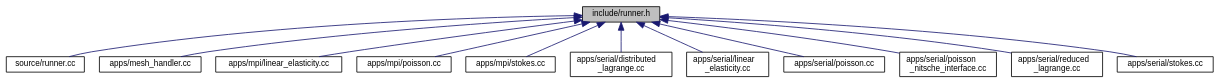
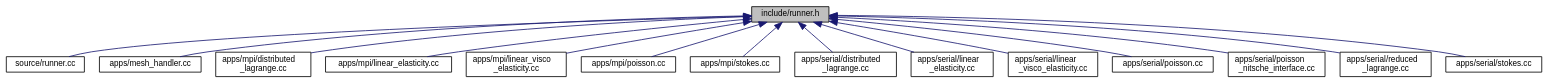
The diagram in runner_8h__dep__incl.dot (fdrmrc/fsi-suite), drawn with Graphviz before and after one commit. The commit also changed 1256 other files, not shown here.

```diff
--- a/runner_8h__dep__incl.dot
+++ b/runner_8h__dep__incl.dot
@@ -1,30 +1,36 @@
 digraph "include/runner.h"
 {
  // LATEX_PDF_SIZE
   bgcolor="transparent";
   edge [fontname="Helvetica",fontsize="10",labelfontname="Helvetica",labelfontsize="10"];
   node [fontname="Helvetica",fontsize="10",shape=record];
   Node1 [label="include/runner.h",height=0.2,width=0.4,color="black", fillcolor="grey75", style="filled", fontcolor="black",tooltip=" "];
   Node1 -> Node2 [dir="back",color="midnightblue",fontsize="10",style="solid",fontname="Helvetica"];
   Node2 [label="source/runner.cc",height=0.2,width=0.4,color="black",URL="$runner_8cc.html",tooltip=" "];
   Node1 -> Node3 [dir="back",color="midnightblue",fontsize="10",style="solid",fontname="Helvetica"];
   Node3 [label="apps/mesh_handler.cc",height=0.2,width=0.4,color="black",URL="$mesh__handler_8cc.html",tooltip="Mesh generator and reader."];
   Node1 -> Node4 [dir="back",color="midnightblue",fontsize="10",style="solid",fontname="Helvetica"];
-  Node4 [label="apps/mpi/linear_elasticity.cc",height=0.2,width=0.4,color="black",URL="$apps_2mpi_2linear__elasticity_8cc.html",tooltip=" "];
+  Node4 [label="apps/mpi/distributed\l_lagrange.cc",height=0.2,width=0.4,color="black",URL="$apps_2mpi_2distributed__lagrange_8cc.html",tooltip=" "];
   Node1 -> Node5 [dir="back",color="midnightblue",fontsize="10",style="solid",fontname="Helvetica"];
-  Node5 [label="apps/mpi/poisson.cc",height=0.2,width=0.4,color="black",URL="$apps_2mpi_2poisson_8cc.html",tooltip=" "];
+  Node5 [label="apps/mpi/linear_elasticity.cc",height=0.2,width=0.4,color="black",URL="$apps_2mpi_2linear__elasticity_8cc.html",tooltip=" "];
   Node1 -> Node6 [dir="back",color="midnightblue",fontsize="10",style="solid",fontname="Helvetica"];
-  Node6 [label="apps/mpi/stokes.cc",height=0.2,width=0.4,color="black",URL="$apps_2mpi_2stokes_8cc.html",tooltip=" "];
+  Node6 [label="apps/mpi/linear_visco\l_elasticity.cc",height=0.2,width=0.4,color="black",URL="$apps_2mpi_2linear__visco__elasticity_8cc.html",tooltip=" "];
   Node1 -> Node7 [dir="back",color="midnightblue",fontsize="10",style="solid",fontname="Helvetica"];
-  Node7 [label="apps/serial/distributed\l_lagrange.cc",height=0.2,width=0.4,color="black",URL="$apps_2serial_2distributed__lagrange_8cc.html",tooltip=" "];
+  Node7 [label="apps/mpi/poisson.cc",height=0.2,width=0.4,color="black",URL="$apps_2mpi_2poisson_8cc.html",tooltip=" "];
   Node1 -> Node8 [dir="back",color="midnightblue",fontsize="10",style="solid",fontname="Helvetica"];
-  Node8 [label="apps/serial/linear\l_elasticity.cc",height=0.2,width=0.4,color="black",URL="$apps_2serial_2linear__elasticity_8cc.html",tooltip=" "];
+  Node8 [label="apps/mpi/stokes.cc",height=0.2,width=0.4,color="black",URL="$apps_2mpi_2stokes_8cc.html",tooltip=" "];
   Node1 -> Node9 [dir="back",color="midnightblue",fontsize="10",style="solid",fontname="Helvetica"];
-  Node9 [label="apps/serial/poisson.cc",height=0.2,width=0.4,color="black",URL="$apps_2serial_2poisson_8cc.html",tooltip=" "];
+  Node9 [label="apps/serial/distributed\l_lagrange.cc",height=0.2,width=0.4,color="black",URL="$apps_2serial_2distributed__lagrange_8cc.html",tooltip=" "];
   Node1 -> Node10 [dir="back",color="midnightblue",fontsize="10",style="solid",fontname="Helvetica"];
-  Node10 [label="apps/serial/poisson\l_nitsche_interface.cc",height=0.2,width=0.4,color="black",URL="$apps_2serial_2poisson__nitsche__interface_8cc.html",tooltip=" "];
+  Node10 [label="apps/serial/linear\l_elasticity.cc",height=0.2,width=0.4,color="black",URL="$apps_2serial_2linear__elasticity_8cc.html",tooltip=" "];
   Node1 -> Node11 [dir="back",color="midnightblue",fontsize="10",style="solid",fontname="Helvetica"];
-  Node11 [label="apps/serial/reduced\l_lagrange.cc",height=0.2,width=0.4,color="black",URL="$apps_2serial_2reduced__lagrange_8cc.html",tooltip=" "];
+  Node11 [label="apps/serial/linear\l_visco_elasticity.cc",height=0.2,width=0.4,color="black",URL="$apps_2serial_2linear__visco__elasticity_8cc.html",tooltip=" "];
   Node1 -> Node12 [dir="back",color="midnightblue",fontsize="10",style="solid",fontname="Helvetica"];
-  Node12 [label="apps/serial/stokes.cc",height=0.2,width=0.4,color="black",URL="$apps_2serial_2stokes_8cc.html",tooltip=" "];
+  Node12 [label="apps/serial/poisson.cc",height=0.2,width=0.4,color="black",URL="$apps_2serial_2poisson_8cc.html",tooltip=" "];
+  Node1 -> Node13 [dir="back",color="midnightblue",fontsize="10",style="solid",fontname="Helvetica"];
+  Node13 [label="apps/serial/poisson\l_nitsche_interface.cc",height=0.2,width=0.4,color="black",URL="$apps_2serial_2poisson__nitsche__interface_8cc.html",tooltip=" "];
+  Node1 -> Node14 [dir="back",color="midnightblue",fontsize="10",style="solid",fontname="Helvetica"];
+  Node14 [label="apps/serial/reduced\l_lagrange.cc",height=0.2,width=0.4,color="black",URL="$apps_2serial_2reduced__lagrange_8cc.html",tooltip=" "];
+  Node1 -> Node15 [dir="back",color="midnightblue",fontsize="10",style="solid",fontname="Helvetica"];
+  Node15 [label="apps/serial/stokes.cc",height=0.2,width=0.4,color="black",URL="$apps_2serial_2stokes_8cc.html",tooltip=" "];
 }
```
